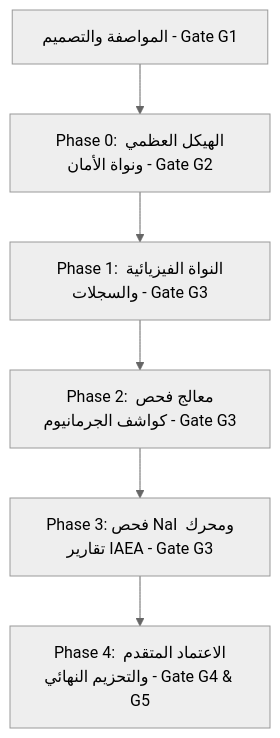
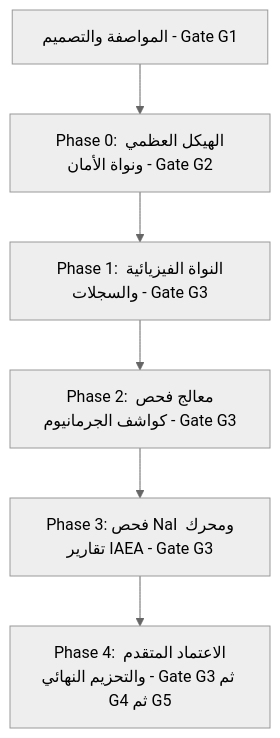
Before and after one commit to edrees-76/Kashif-QA: the diagram in docs/tasks.md, drawn with Mermaid (neutral theme). The commit also changed other lines of this file and 9 other files, not shown here.

````diff
--- a/docs/tasks.md
+++ b/docs/tasks.md
@@ -13,8 +13,8 @@
 ```mermaid
 graph TD
     S1[المواصفة والتصميم - Gate G1] --> P0[Phase 0: الهيكل العظمي ونواة الأمان - Gate G2]
     P0 --> P1[Phase 1: النواة الفيزيائية والسجلات - Gate G3]
     P1 --> P2[Phase 2: معالج فحص كواشف الجرمانيوم - Gate G3]
     P2 --> P3[Phase 3: فحص NaI ومحرك تقارير IAEA - Gate G3]
-    P3 --> P4[Phase 4: الاعتماد المتقدم والتحزيم النهائي - Gate G4 & G5]
+    P3 --> P4[Phase 4: الاعتماد المتقدم والتحزيم النهائي - Gate G3 ثم G4 ثم G5]
 ```
````
